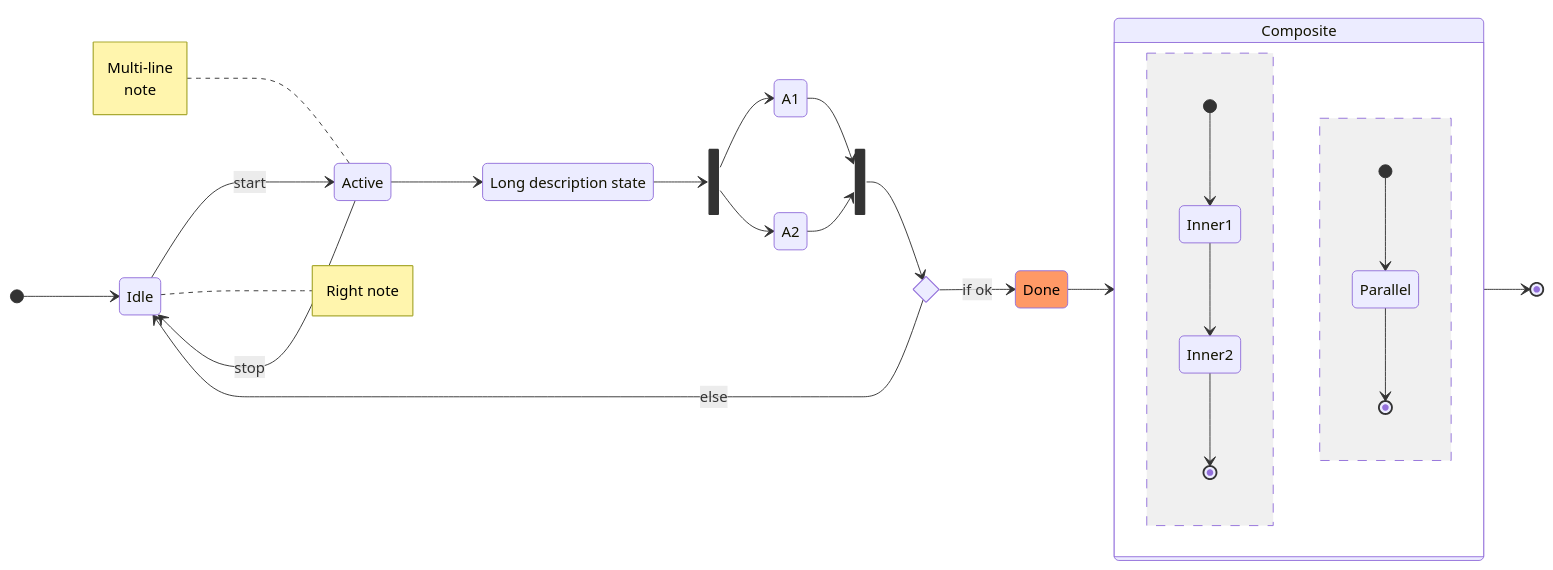
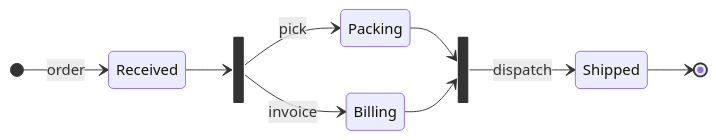
The fourth of 7 diagrams in docs/mermaid/state.md (dvgamerr-app/markdown-viewer), drawn with Mermaid before and after one commit. The commit also changed other lines of this file, not shown here.

Commit message:
docs: restyle the state diagram examples

````diff
--- a/docs/mermaid/state.md
+++ b/docs/mermaid/state.md
@@ -3,37 +60,15 @@
 ```mermaid
 stateDiagram-v2
   direction LR
-  [*] --> Idle
-  Idle --> Active : start
-  Active --> Idle : stop
-  state "Long description state" as LD
-  Active --> LD
-  state Fork <<fork>>
-  state Join <<join>>
-  state Choice <<choice>>
-  LD --> Fork
-  Fork --> A1
-  Fork --> A2
-  A1 --> Join
-  A2 --> Join
-  Join --> Choice
-  Choice --> Done : if ok
-  Choice --> Idle : else
-  state Composite {
-    [*] --> Inner1
-    Inner1 --> Inner2
-    Inner2 --> [*]
-    --
-    [*] --> Parallel
-    Parallel --> [*]
-  }
-  Done --> Composite
-  Composite --> [*]
-  note right of Idle : Right note
-  note left of Active
-    Multi-line
-    note
-  end note
-  classDef bad fill:#f96,color:#000
-  class Done bad
+  state fork <<fork>>
+  state join <<join>>
+  [*] --> Received : order
+  Received --> fork
+  fork --> Packing : pick
+  fork --> Billing : invoice
+  Packing --> join
+  Billing --> join
+  join --> Shipped : dispatch
+  Shipped --> [*]
+  class Shipped focal
 ```
````
